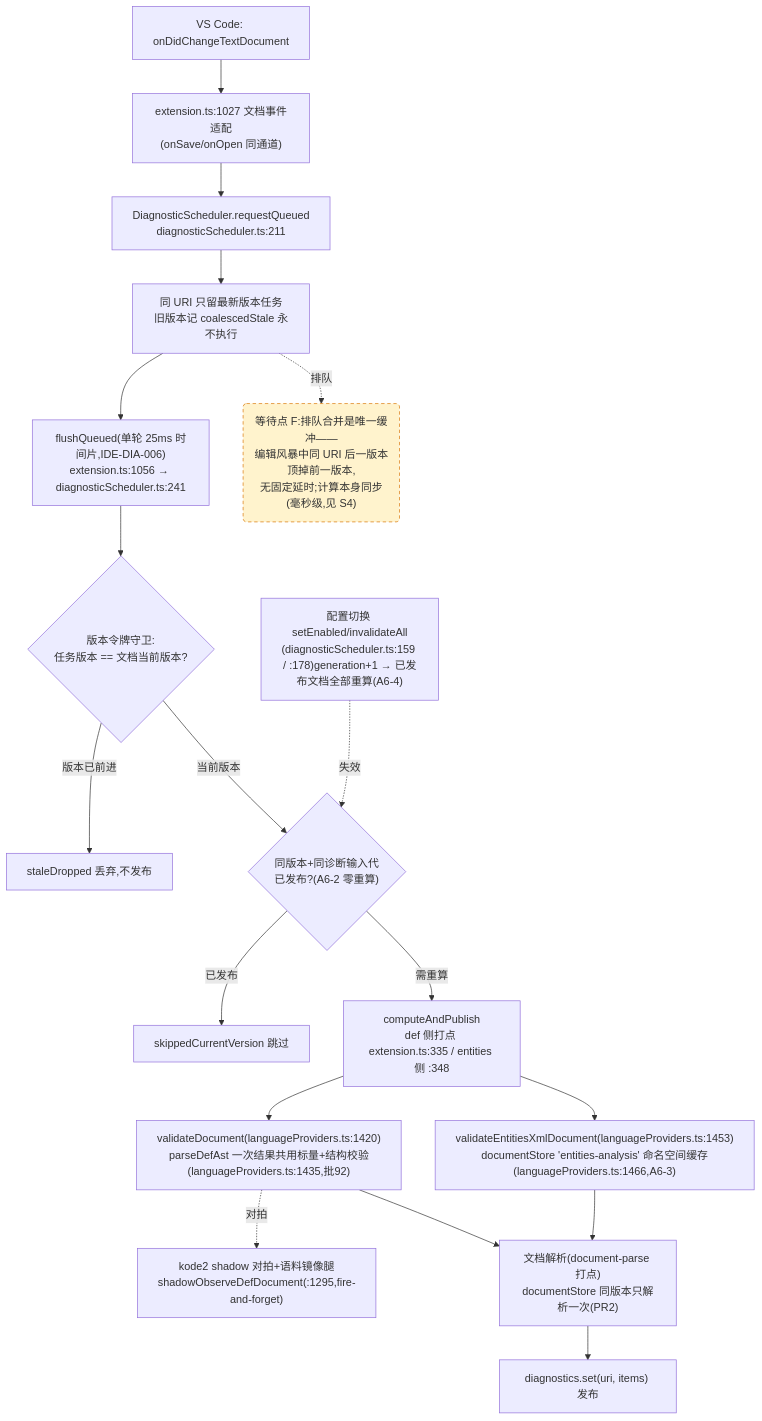
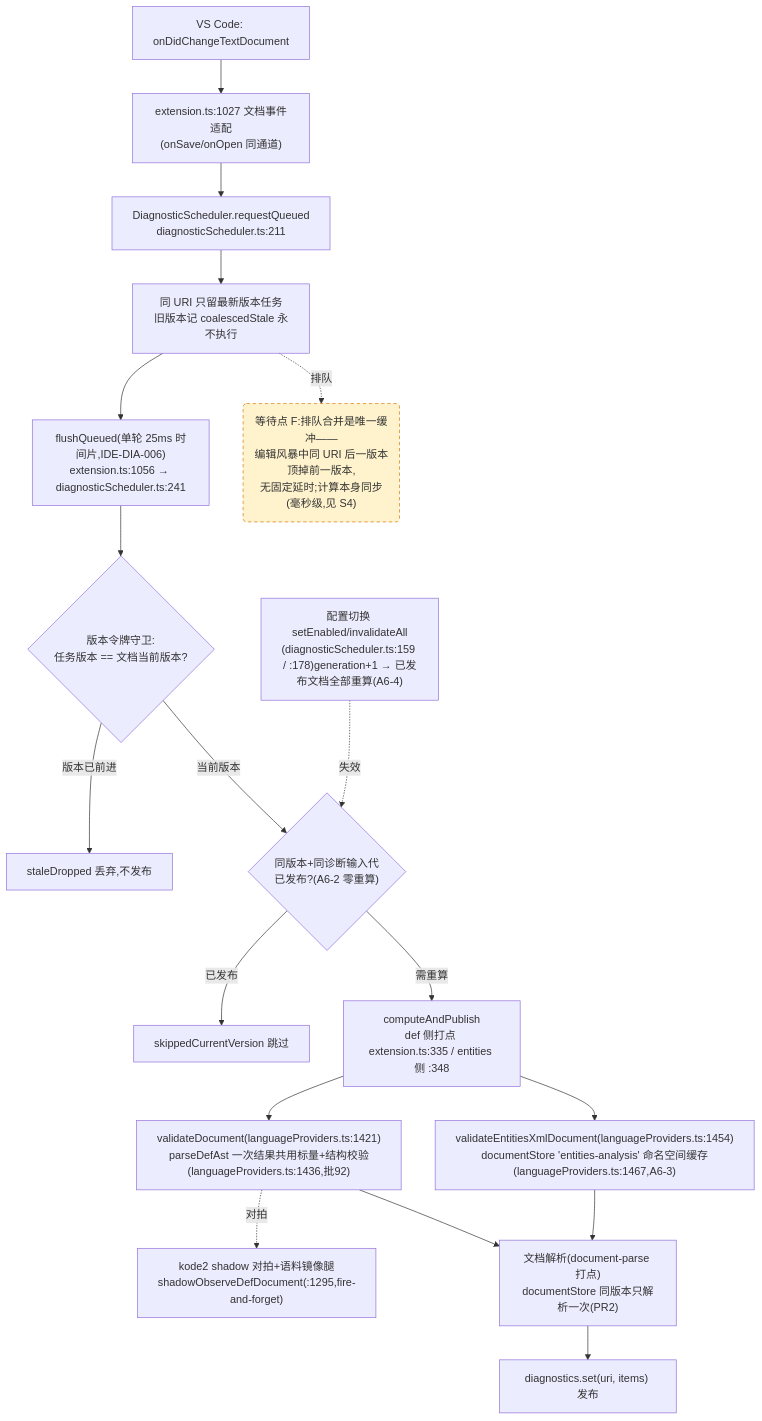
One commit to cuihairu/kode changed the fourth of 4 diagrams in docs/perf/2026-baseline.md. Above: the diagram before and after it, drawn with Mermaid. The commit also changed other lines of this file and 5 other files, not shown here.

````diff
--- a/docs/perf/2026-baseline.md
+++ b/docs/perf/2026-baseline.md
@@ -214,38 +214,38 @@
 ```mermaid
 flowchart TD
   CHG["VS Code: onDidChangeTextDocument"]
   WATCH["extension.ts:1027 文档事件适配<br/>(onSave/onOpen 同通道)"]
   RQ["DiagnosticScheduler.requestQueued<br/>diagnosticScheduler.ts:211"]
   CO["同 URI 只留最新版本任务<br/>旧版本记 coalescedStale 永不执行"]
   FL["flushQueued(单轮 25ms 时间片,IDE-DIA-006)<br/>extension.ts:1056 → diagnosticScheduler.ts:241"]
   VG{"版本令牌守卫:<br/>任务版本 == 文档当前版本?"}
   DROP["staleDropped 丢弃,不发布"]
   GEN{"同版本+同诊断输入代<br/>已发布?(A6-2 零重算)"}
   SKIP["skippedCurrentVersion 跳过"]
   CALC["computeAndPublish<br/>def 侧打点 extension.ts:335 / entities 侧 :348"]
-  VD["validateDocument(languageProviders.ts:1420)<br/>parseDefAst 一次结果共用标量+结构校验(languageProviders.ts:1435,批92)"]
-  VEX["validateEntitiesXmlDocument(languageProviders.ts:1453)<br/>documentStore 'entities-analysis' 命名空间缓存(languageProviders.ts:1466,A6-3)"]
+  VD["validateDocument(languageProviders.ts:1421)<br/>parseDefAst 一次结果共用标量+结构校验(languageProviders.ts:1436,批92)"]
+  VEX["validateEntitiesXmlDocument(languageProviders.ts:1454)<br/>documentStore 'entities-analysis' 命名空间缓存(languageProviders.ts:1467,A6-3)"]
   SHDD["kode2 shadow 对拍+语料镜像腿<br/>shadowObserveDefDocument(:1295,fire-and-forget)"]
   DS["文档解析(document-parse 打点)<br/>documentStore 同版本只解析一次(PR2)"]
   PUB["diagnostics.set(uri, items) 发布"]
   CFG2["配置切换 setEnabled/invalidateAll<br/>(diagnosticScheduler.ts:159 / :178)generation+1 → 已发布文档全部重算(A6-4)"]
 
   CHG --> WATCH --> RQ --> CO --> FL --> VG
   VG -- "版本已前进" --> DROP
   VG -- "当前版本" --> GEN
   GEN -- "已发布" --> SKIP
   GEN -- "需重算" --> CALC
   CALC --> VD
   CALC --> VEX
   VD --> DS
   VEX --> DS
   DS --> PUB
   VD -.->|对拍| SHDD
   CFG2 -.->|失效| GEN
 
   WAITF("等待点 F:排队合并是唯一缓冲——<br/>编辑风暴中同 URI 后一版本顶掉前一版本,<br/>无固定延时;计算本身同步(毫秒级,见 S4)")
   CO -.->|排队| WAITF
 
   classDef waitPoint fill:#fff3cd,stroke:#d97706,stroke-dasharray:5 4;
   class WAITF waitPoint;
 ```
````
